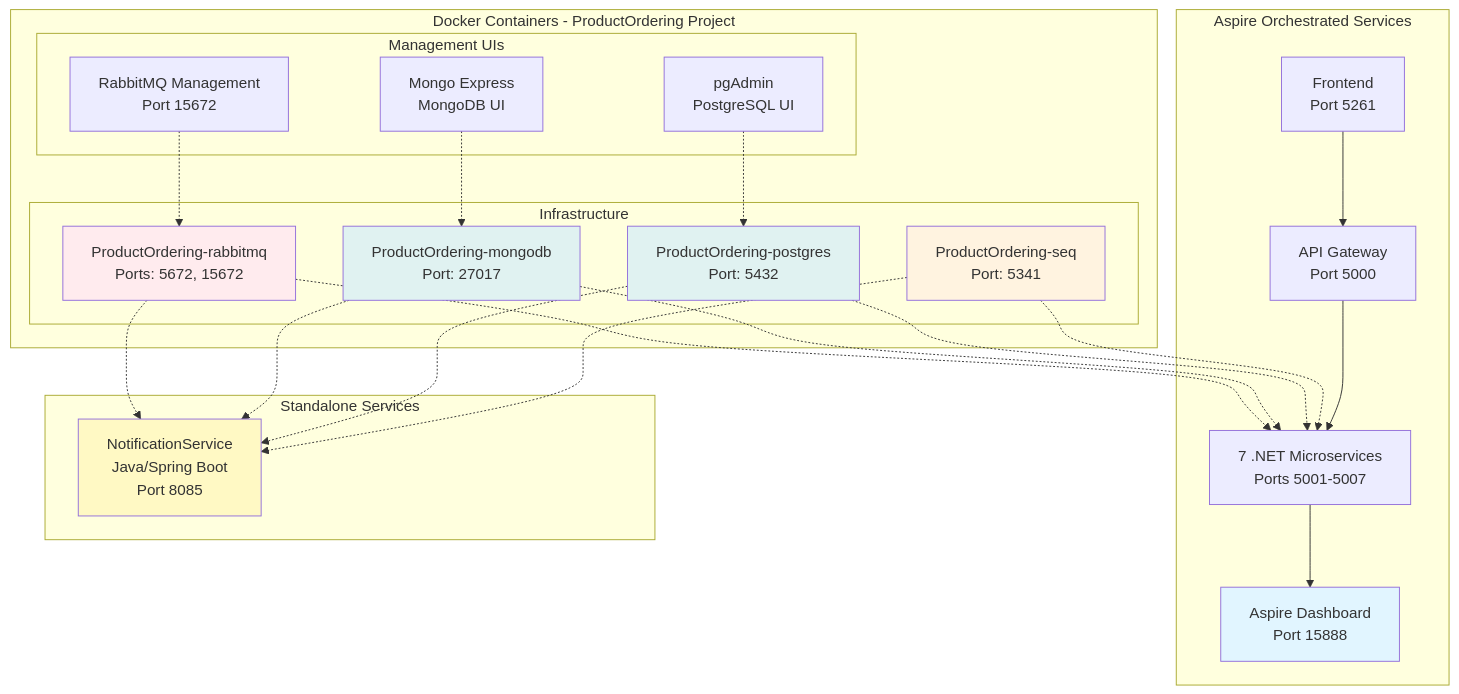
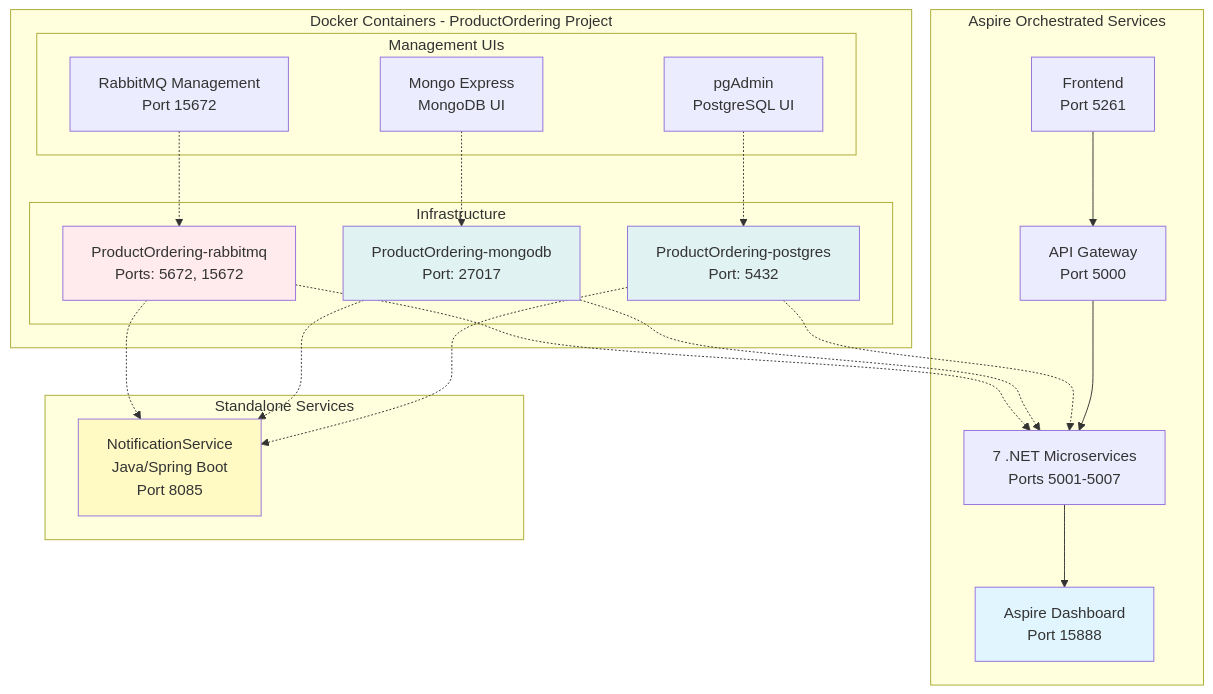
One commit to joriente/microservices changed the tenth of 15 diagrams in docs/Architecture-Diagrams.md. Above: the diagram before and after it, drawn with Mermaid. The commit also changed other lines of this file and 12 other files, not shown here.

````diff
--- a/docs/Architecture-Diagrams.md
+++ b/docs/Architecture-Diagrams.md
@@ -503,44 +499,42 @@
 ```mermaid
 flowchart TB
     subgraph "Docker Containers - ProductOrdering Project"
         subgraph "Infrastructure"
             RMQ[ProductOrdering-rabbitmq<br/>Ports: 5672, 15672]
             MONGO[ProductOrdering-mongodb<br/>Port: 27017]
             PG[ProductOrdering-postgres<br/>Port: 5432]
-            SEQ[ProductOrdering-seq<br/>Port: 5341]
         end
         
         subgraph "Management UIs"
             PGADMIN[pgAdmin<br/>PostgreSQL UI]
             MONGOEX[Mongo Express<br/>MongoDB UI]
             RMQUI[RabbitMQ Management<br/>Port 15672]
         end
     end
     
     subgraph "Aspire Orchestrated Services"
         ASP[Aspire Dashboard<br/>Port 15888]
         SVCS[7 .NET Microservices<br/>Ports 5001-5007]
         GW2[API Gateway<br/>Port 5000]
         FE[Frontend<br/>Port 5261]
     end
     
     subgraph "Standalone Services"
         JAVA[NotificationService<br/>Java/Spring Boot<br/>Port 8085]
     end
     
-    RMQ & MONGO & PG & SEQ -.-> SVCS & JAVA
+    RMQ & MONGO & PG -.-> SVCS & JAVA
     SVCS --> ASP
     GW2 --> SVCS
     FE --> GW2
     
     PGADMIN -.-> PG
     MONGOEX -.-> MONGO
     RMQUI -.-> RMQ
     
     style RMQ fill:#ffebee
     style MONGO fill:#e0f2f1
     style PG fill:#e0f2f1
-    style SEQ fill:#fff3e0
     style JAVA fill:#fff9c4
     style ASP fill:#e1f5ff
 ```
````
